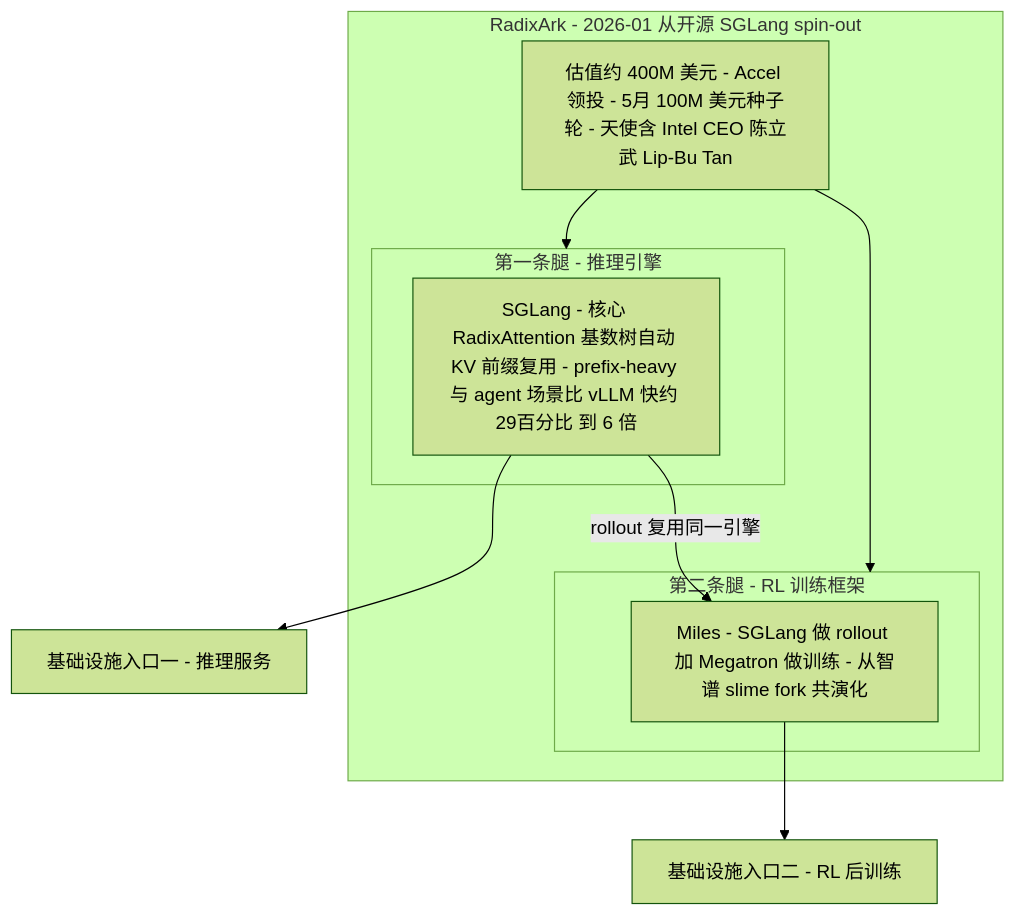
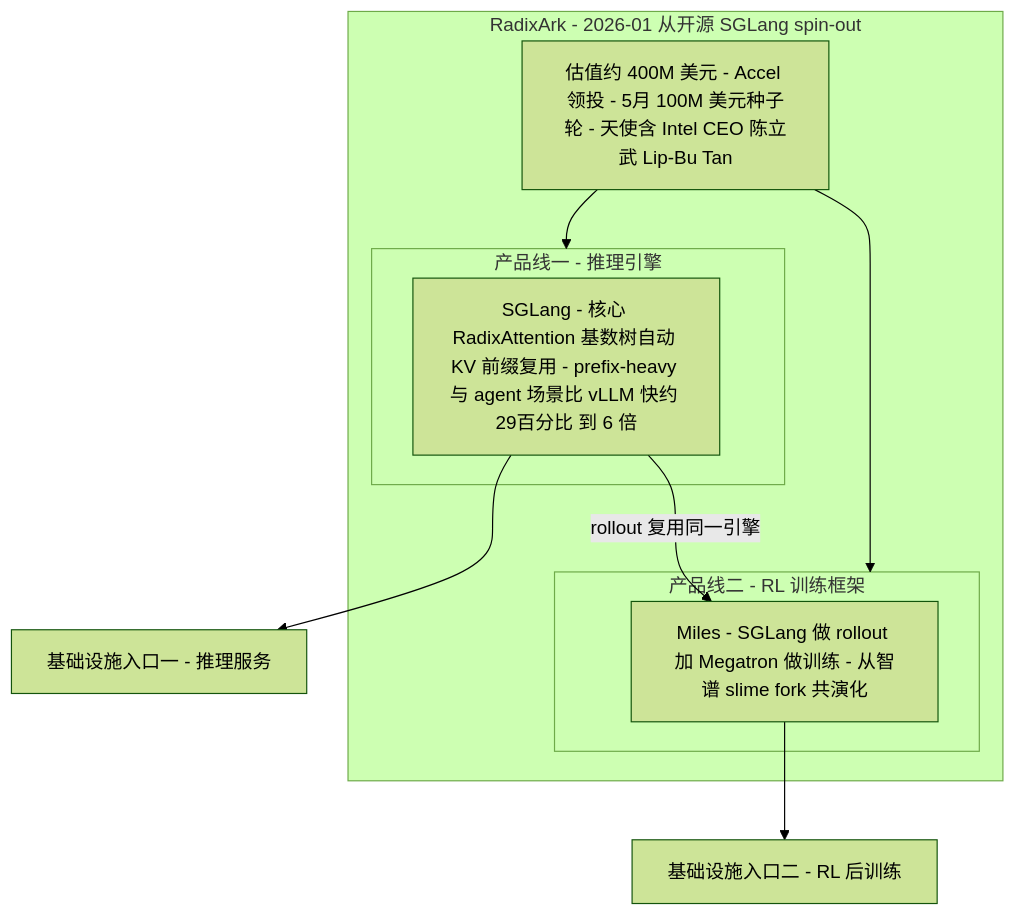
One commit to lloo099/mission44 changed the first of 5 diagrams in docs/blog/dispatch-09-radixark-miles.md. Above: the diagram before and after it, drawn with Mermaid (forest theme). The commit also changed other lines of this file and 22 other files, not shown here.

````diff
--- a/docs/blog/dispatch-09-radixark-miles.md
+++ b/docs/blog/dispatch-09-radixark-miles.md
@@ -21,19 +21,19 @@
 ```mermaid
 flowchart TB
     subgraph RA ["RadixArk - 2026-01 从开源 SGLang spin-out"]
         FUND["估值约 400M 美元 - Accel 领投 - 5月 100M 美元种子轮 - 天使含 Intel CEO 陈立武 Lip-Bu Tan"]
-        subgraph LEG1 ["第一条腿 - 推理引擎"]
+        subgraph LEG1 ["产品线一 - 推理引擎"]
             SGL["SGLang - 核心 RadixAttention 基数树自动 KV 前缀复用 - prefix-heavy 与 agent 场景比 vLLM 快约 29百分比 到 6 倍"]
         end
-        subgraph LEG2 ["第二条腿 - RL 训练框架"]
+        subgraph LEG2 ["产品线二 - RL 训练框架"]
             MILES["Miles - SGLang 做 rollout 加 Megatron 做训练 - 从智谱 slime fork 共演化"]
         end
     end
     ENTRY1["基础设施入口一 - 推理服务"]
     ENTRY2["基础设施入口二 - RL 后训练"]
     FUND --> LEG1
     FUND --> LEG2
     SGL --> ENTRY1
     MILES --> ENTRY2
     SGL -->|"rollout 复用同一引擎"| MILES
 ```
````
